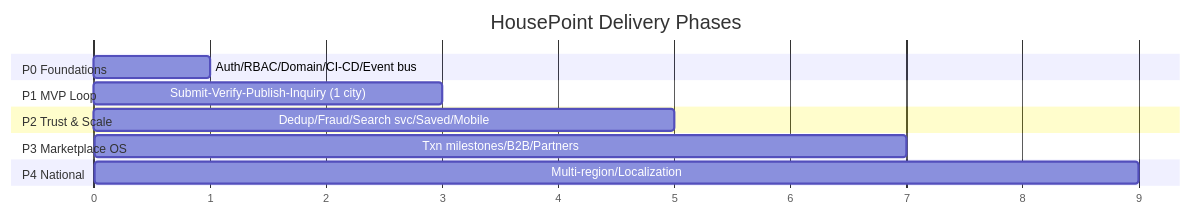
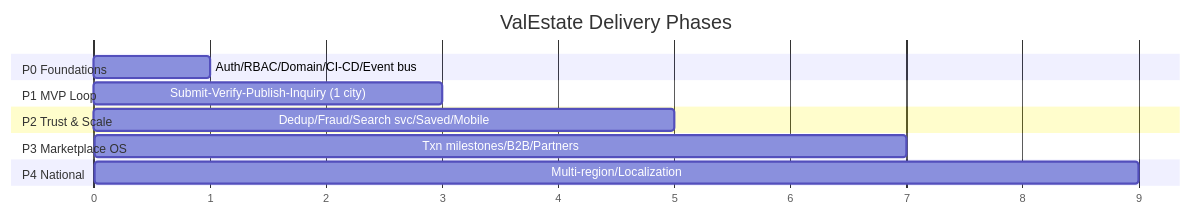
The diagram in docs/19-nfr-and-phased-roadmap.md (rajeshlousigam/valestate), drawn with Mermaid before and after one commit. The commit also changed other lines of this file and 43 other files, not shown here.

First line of the commit message:
Rebrand HousePoint -> ValEstate + new logo mark

````diff
--- a/docs/19-nfr-and-phased-roadmap.md
+++ b/docs/19-nfr-and-phased-roadmap.md
@@ -76,16 +76,16 @@
 ```mermaid
 gantt
-    title HousePoint Delivery Phases
+    title ValEstate Delivery Phases
     dateFormat X
     axisFormat %s
     section P0 Foundations
     Auth/RBAC/Domain/CI-CD/Event bus        :0, 1
     section P1 MVP Loop
     Submit-Verify-Publish-Inquiry (1 city)  :1, 3
     section P2 Trust & Scale
     Dedup/Fraud/Search svc/Saved/Mobile     :3, 5
     section P3 Marketplace OS
     Txn milestones/B2B/Partners             :5, 7
     section P4 National
     Multi-region/Localization               :7, 9
 ```
````
